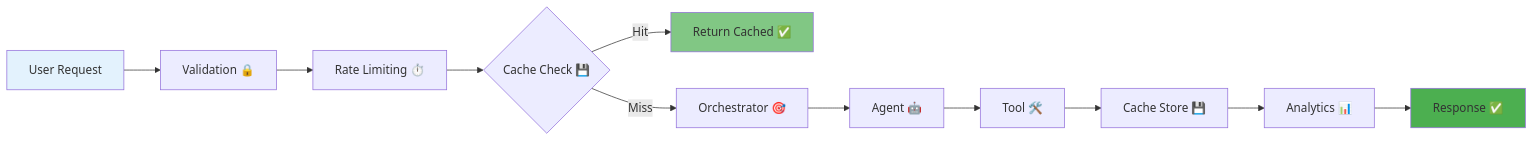
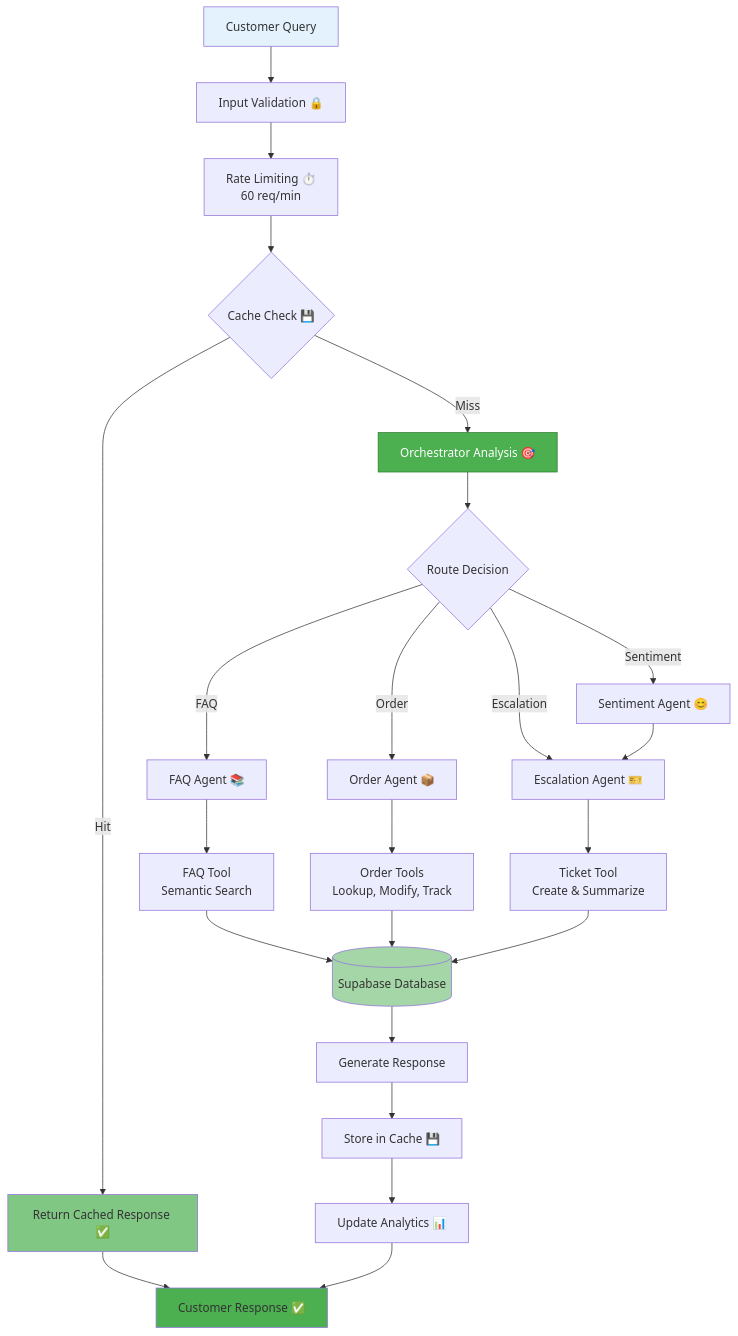
Before and after one commit to Rayyan-Oumlil/CustoFlow: the second of 4 diagrams in README.md, drawn with Mermaid. The commit also changed other lines of this file and 19 other files, not shown here.

Commit message:
Add features diagram, update README with improved Mermaid diagrams, organize assets, and finalize documentation for Kaggle submission

````diff
--- a/README.md
+++ b/README.md
@@ -152,17 +264,34 @@
 ```mermaid
-flowchart LR
-    A[User Request] --> B[Validation 🔒]
-    B --> C[Rate Limiting ⏱️]
-    C --> D{Cache Check 💾}
-    D -->|Hit| E[Return Cached ✅]
-    D -->|Miss| F[Orchestrator 🎯]
-    F --> G[Agent 🤖]
-    G --> H[Tool 🛠️]
-    H --> I[Cache Store 💾]
-    I --> J[Analytics 📊]
-    J --> K[Response ✅]
+flowchart TD
+    Start[Customer Query] --> Validate[Input Validation 🔒]
+    Validate --> RateLimit[Rate Limiting ⏱️<br/>60 req/min]
+    RateLimit --> Cache{Cache Check 💾}
+    Cache -->|Hit| CacheResponse[Return Cached Response ✅]
+    Cache -->|Miss| Orchestrator[Orchestrator Analysis 🎯]
+    Orchestrator --> Route{Route Decision}
+    Route -->|FAQ| FAQAgent[FAQ Agent 📚]
+    Route -->|Order| OrderAgent[Order Agent 📦]
+    Route -->|Sentiment| SentimentAgent[Sentiment Agent 😊]
+    Route -->|Escalation| EscalationAgent[Escalation Agent 🎫]
     
-    style A fill:#E3F2FD
-    style E fill:#81C784
-    style K fill:#4CAF50
+    FAQAgent --> FAQTool[FAQ Tool<br/>Semantic Search]
+    OrderAgent --> OrderTools[Order Tools<br/>Lookup, Modify, Track]
+    SentimentAgent --> EscalationAgent
+    EscalationAgent --> TicketTool[Ticket Tool<br/>Create & Summarize]
+    
+    FAQTool --> Database[(Supabase Database)]
+    OrderTools --> Database
+    TicketTool --> Database
+    
+    Database --> Response[Generate Response]
+    CacheResponse --> User[Customer Response ✅]
+    Response --> Store[Store in Cache 💾]
+    Store --> Analytics[Update Analytics 📊]
+    Analytics --> User
+    
+    style Start fill:#E3F2FD
+    style CacheResponse fill:#81C784
+    style User fill:#4CAF50
+    style Orchestrator fill:#4CAF50,stroke:#2E7D32,color:#fff
+    style Database fill:#A5D6A7
 ```
````
